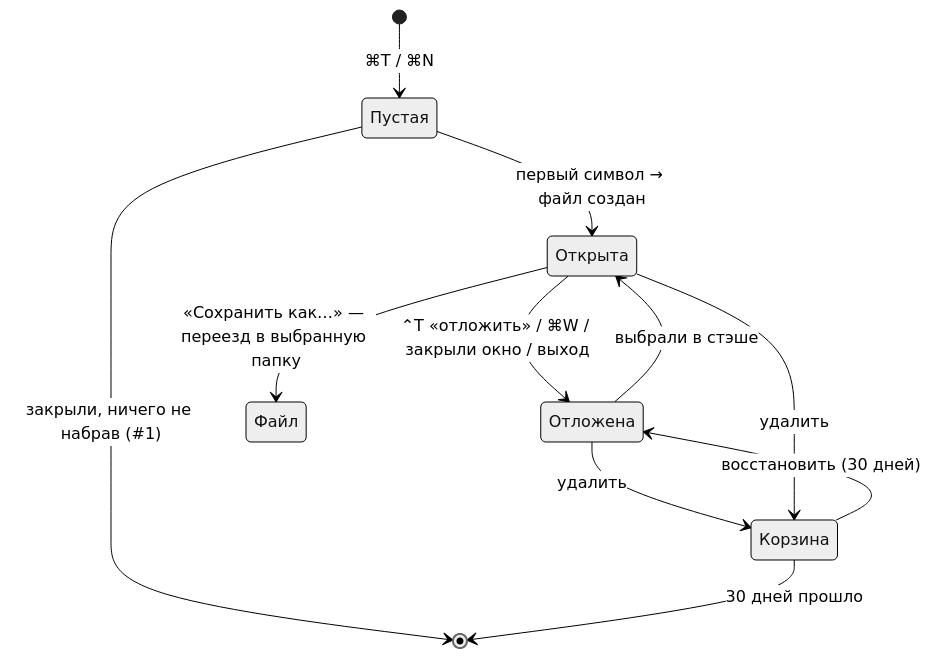
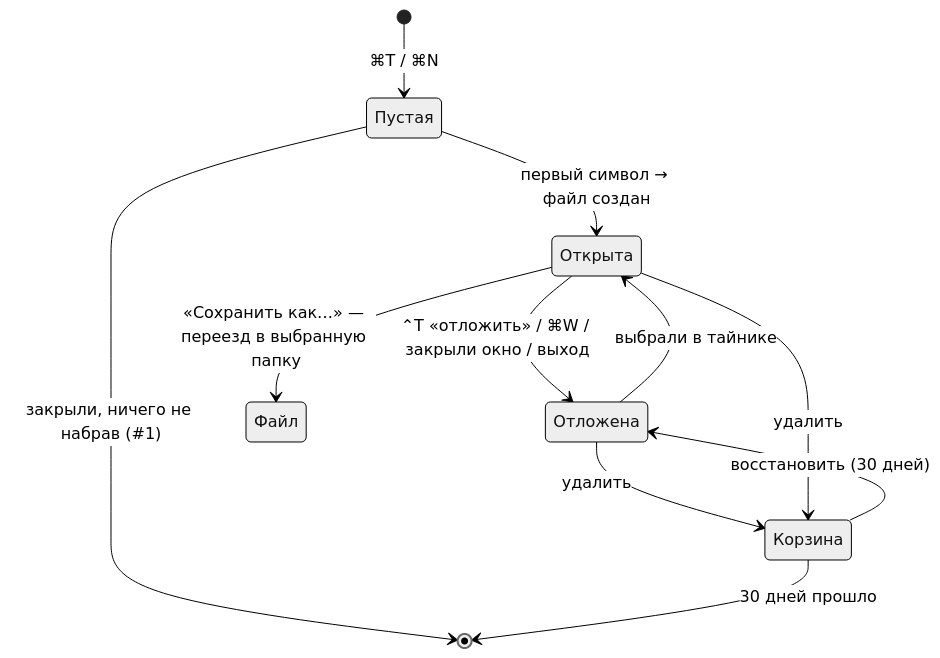
The diagram in docs/investigations/2026-09-26-shelf/report.md (malinborn/couplet), drawn with Mermaid (neutral theme) before and after one commit. The commit also changed other lines of this file, not shown here.

````diff
--- a/docs/investigations/2026-09-26-shelf/report.md
+++ b/docs/investigations/2026-09-26-shelf/report.md
@@ -102,13 +104,13 @@
 ```mermaid
 stateDiagram-v2
     [*] --> Пустая: ⌘T / ⌘N
     Пустая --> [*]: закрыли, ничего не набрав (#1)
     Пустая --> Открыта: первый символ → файл создан
     Открыта --> Отложена: ⌃T «отложить» / ⌘W / закрыли окно / выход
-    Отложена --> Открыта: выбрали в стэше
+    Отложена --> Открыта: выбрали в тайнике
     Открыта --> Файл: «Сохранить как…» — переезд в выбранную папку
     Отложена --> Корзина: удалить
     Открыта --> Корзина: удалить
     Корзина --> Отложена: восстановить (30 дней)
     Корзина --> [*]: 30 дней прошло
 ```
````
